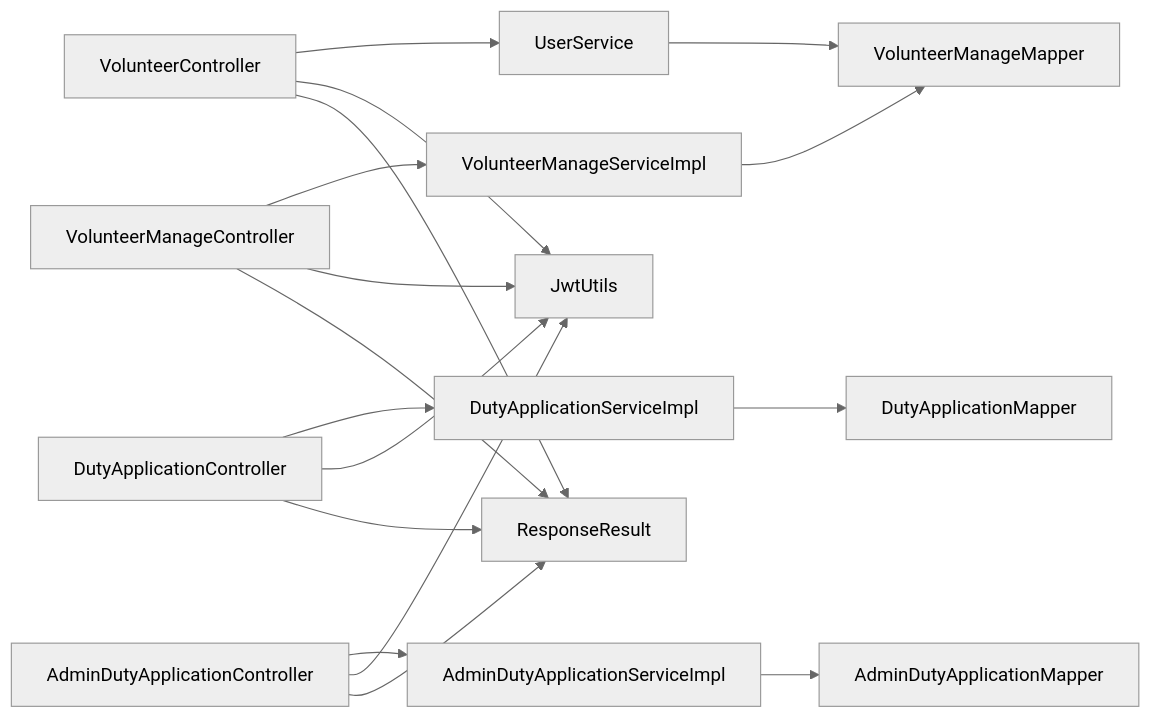
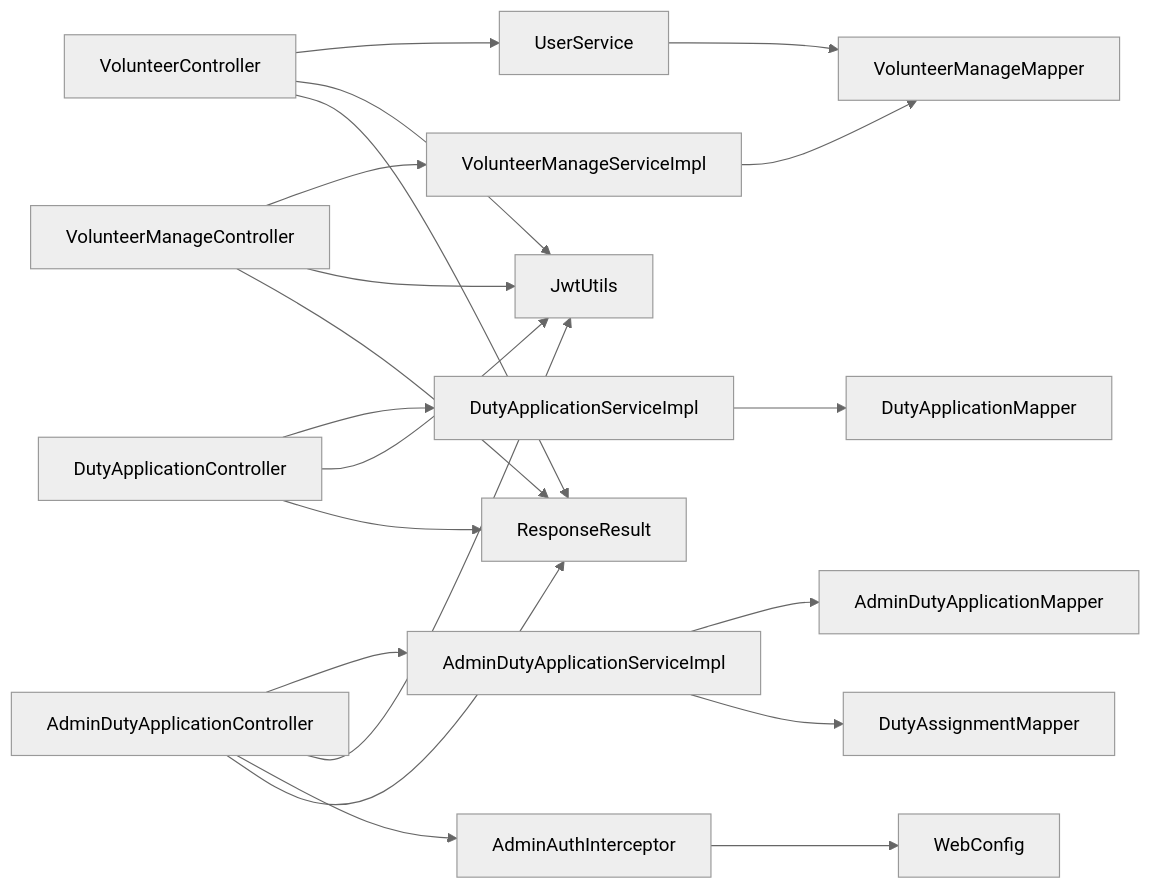
The fourth of 4 diagrams in .qoder/repowiki/zh/content/API接口文档/志愿者管理接口.md (gaozihaowin/-), drawn with Mermaid (neutral theme) before and after one commit. The commit also changed other lines of this file and 9 other files, not shown here.

````diff
--- a/.qoder/repowiki/zh/content/API接口文档/志愿者管理接口.md
+++ b/.qoder/repowiki/zh/content/API接口文档/志愿者管理接口.md
@@ -540,19 +610,22 @@
 ```mermaid
 graph LR
 VC["VolunteerController"] --> US["UserService"]
 VMC["VolunteerManageController"] --> VMSI["VolunteerManageServiceImpl"]
 DAC["DutyApplicationController"] --> DAS["DutyApplicationServiceImpl"]
 ADC["AdminDutyApplicationController"] --> ADSI["AdminDutyApplicationServiceImpl"]
 US --> VMM["VolunteerManageMapper"]
 VMSI --> VMM
 DAS --> DAM["DutyApplicationMapper"]
 ADSI --> ADMM["AdminDutyApplicationMapper"]
+ADSI --> DAMM["DutyAssignmentMapper"]
 VC --> JWT["JwtUtils"]
 VMC --> JWT
 DAC --> JWT
 ADC --> JWT
+ADC --> AI["AdminAuthInterceptor"]
+AI --> WC["WebConfig"]
 VC --> RR["ResponseResult"]
 VMC --> RR
 DAC --> RR
 ADC --> RR
 ```
````
